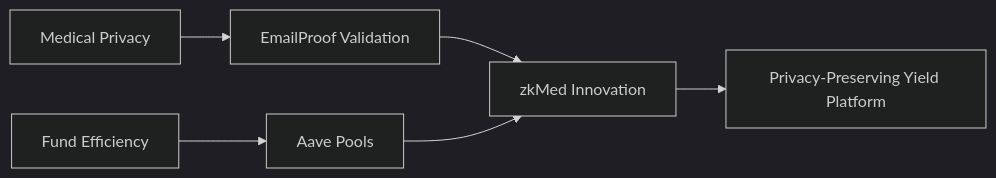
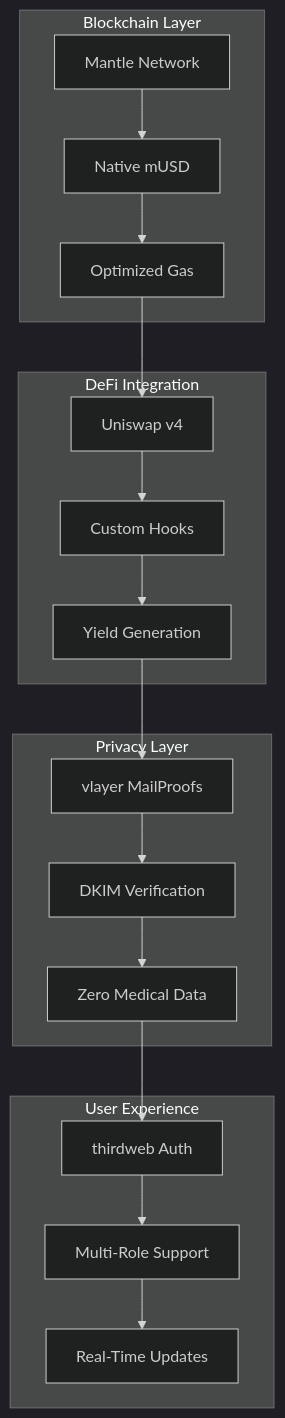
One commit to ppezzull/zkMed changed diagram 18 of 18 in memory-bank/systemPatterns.md. Above: the diagram before and after it, drawn with Mermaid (dark theme). The commit also changed other lines of this file and 5 other files, not shown here.

````diff
--- a/memory-bank/systemPatterns.md
+++ b/memory-bank/systemPatterns.md
@@ -374,8 +803,25 @@
 ```mermaid
-graph LR
-    A[Medical Privacy] --> B[EmailProof Validation]
-    C[Fund Efficiency] --> D[Aave Pools]
-    B --> E[zkMed Innovation]
-    D --> E
-    E --> F[Privacy-Preserving Yield Platform]
+graph TB
+    subgraph "Blockchain Layer"
+        A[Mantle Network] --> B[Native mUSD]
+        B --> C[Optimized Gas]
+    end
+    
+    subgraph "DeFi Integration"
+        C --> D[Uniswap v4]
+        D --> E[Custom Hooks]
+        E --> F[Yield Generation]
+    end
+    
+    subgraph "Privacy Layer"
+        F --> G[vlayer MailProofs]
+        G --> H[DKIM Verification]
+        H --> I[Zero Medical Data]
+    end
+    
+    subgraph "User Experience"
+        I --> J[thirdweb Auth]
+        J --> K[Multi-Role Support]
+        K --> L[Real-Time Updates]
+    end
 ```
````
